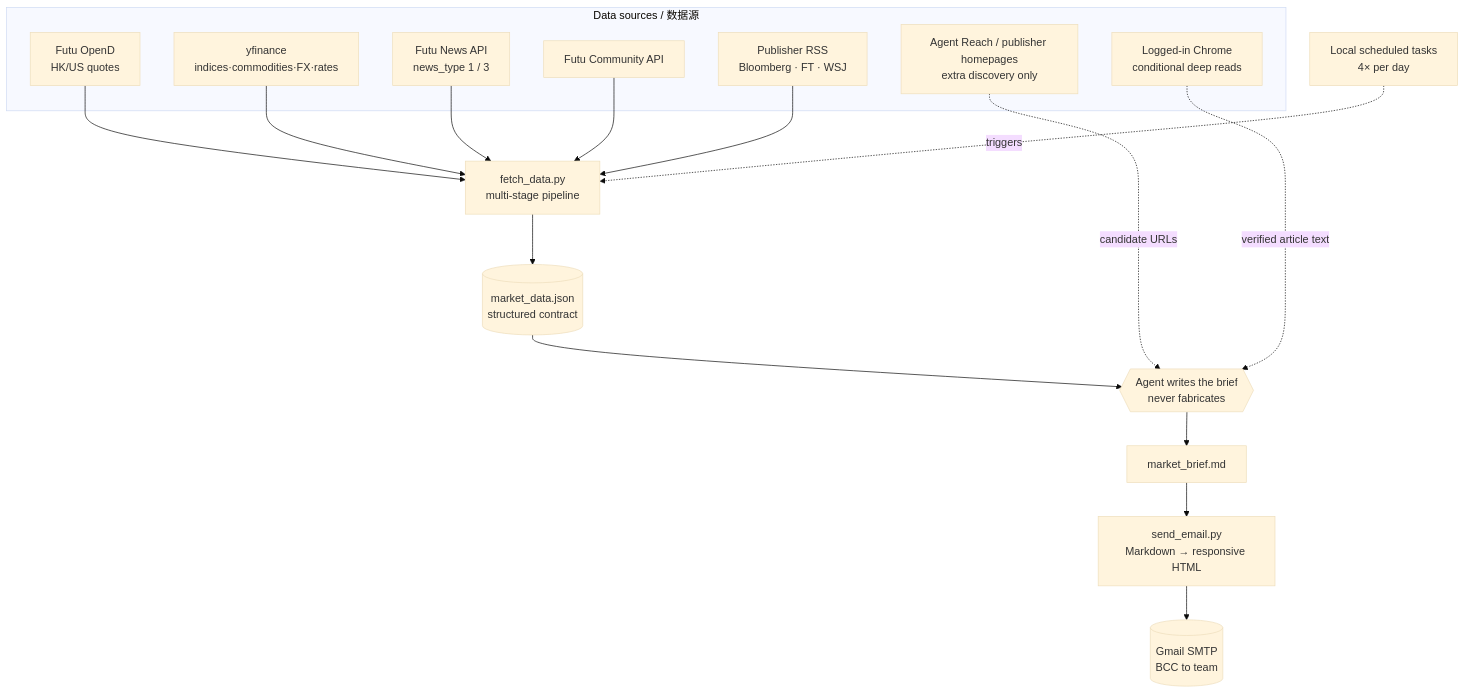
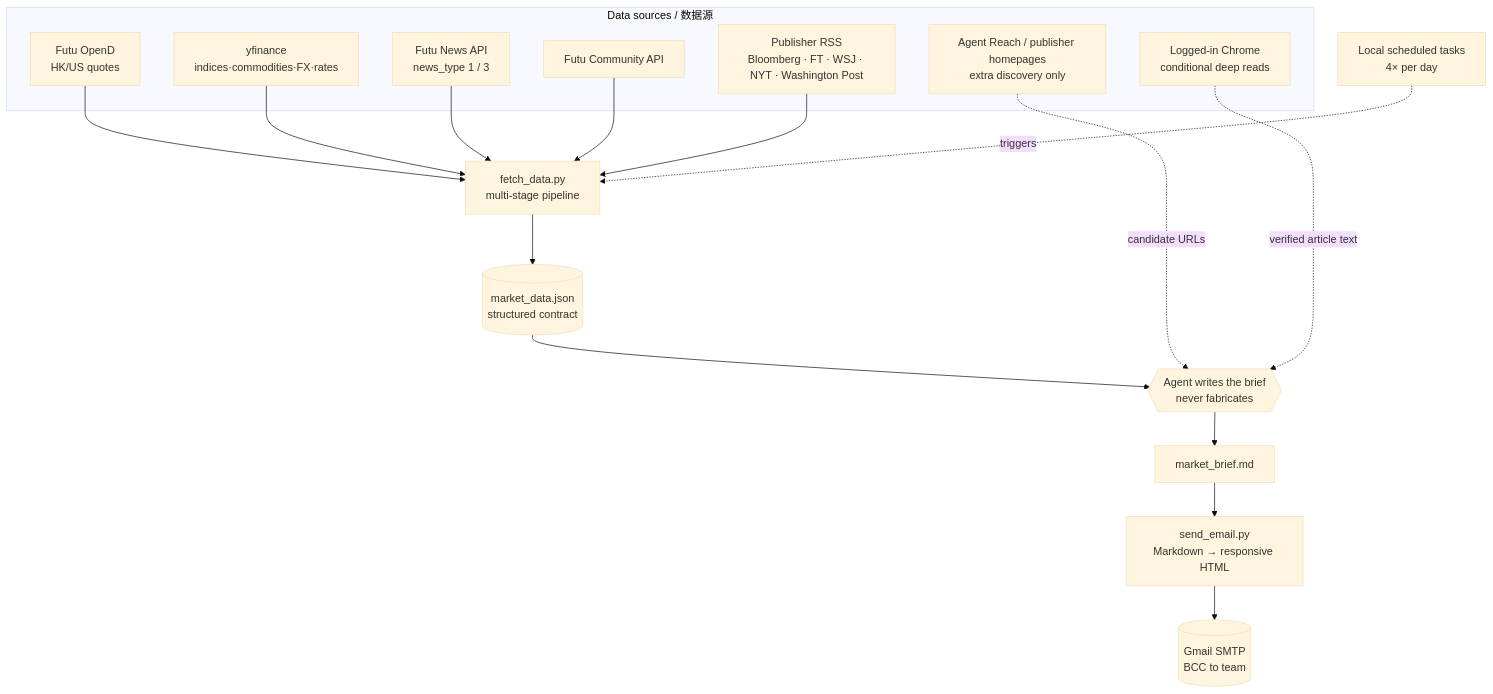
The diagram in docs/architecture.md (hiharryyim/market-brief), drawn with Mermaid (base theme) before and after one commit. The commit also changed other lines of this file and 14 other files, not shown here.

````diff
--- a/docs/architecture.md
+++ b/docs/architecture.md
@@ -11,23 +11,23 @@
 ```mermaid
 flowchart TD
     subgraph Sources[Data sources / 数据源]
         F[Futu OpenD<br/>HK/US quotes]
         Y[yfinance<br/>indices·commodities·FX·rates]
         FN[Futu News API<br/>news_type 1 / 3]
         FC[Futu Community API]
-        R[Publisher RSS<br/>Bloomberg · FT · WSJ]
+        R[Publisher RSS<br/>Bloomberg · FT · WSJ · NYT · Washington Post]
         D[Agent Reach / publisher homepages<br/>extra discovery only]
         C[Logged-in Chrome<br/>conditional deep reads]
     end
 
     F & Y & FN & FC & R --> P[fetch_data.py<br/>multi-stage pipeline]
     P --> J[(market_data.json<br/>structured contract)]
     J --> AI{{Agent writes the brief<br/>never fabricates}}
     D -.candidate URLs.-> AI
     C -.verified article text.-> AI
     AI --> MD[market_brief.md]
     MD --> S[send_email.py<br/>Markdown → responsive HTML]
     S --> Mail[(Gmail SMTP<br/>BCC to team)]
 
     Cron[Local scheduled tasks<br/>4× per day] -.triggers.-> P
 ```
````
